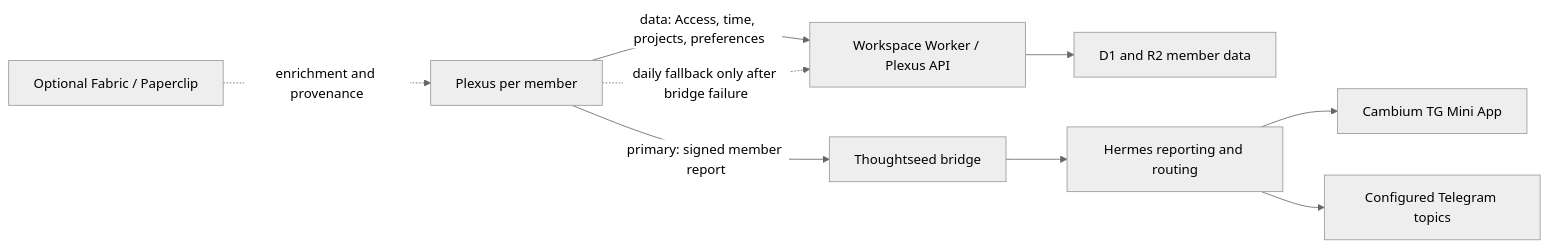
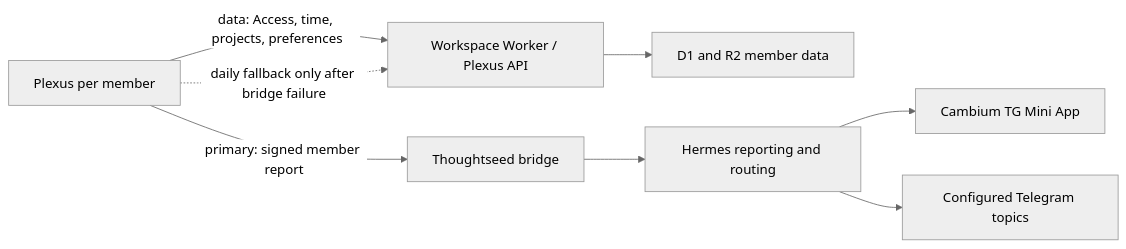
One commit to Sheshiyer/plexus-ts changed the diagram in docs/architecture/HERMES_REPORTING_CONTRACT.md. Above: the diagram before and after it, drawn with Mermaid (neutral theme). The commit also changed other lines of this file and 99 other files, not shown here.

````diff
--- a/docs/architecture/HERMES_REPORTING_CONTRACT.md
+++ b/docs/architecture/HERMES_REPORTING_CONTRACT.md
@@ -31,11 +32,10 @@
 ```mermaid
 flowchart LR
     P["Plexus per member"] -->|"data: Access, time, projects, preferences"| W["Workspace Worker / Plexus API"]
     W --> D["D1 and R2 member data"]
     P -->|"primary: signed member report"| B["Thoughtseed bridge"]
     B --> H["Hermes reporting and routing"]
     H --> C["Cambium TG Mini App"]
     H --> T["Configured Telegram topics"]
     P -.->|daily fallback only after bridge failure| W
-    F["Optional Fabric / Paperclip"] -.->|enrichment and provenance| P
 ```
````
